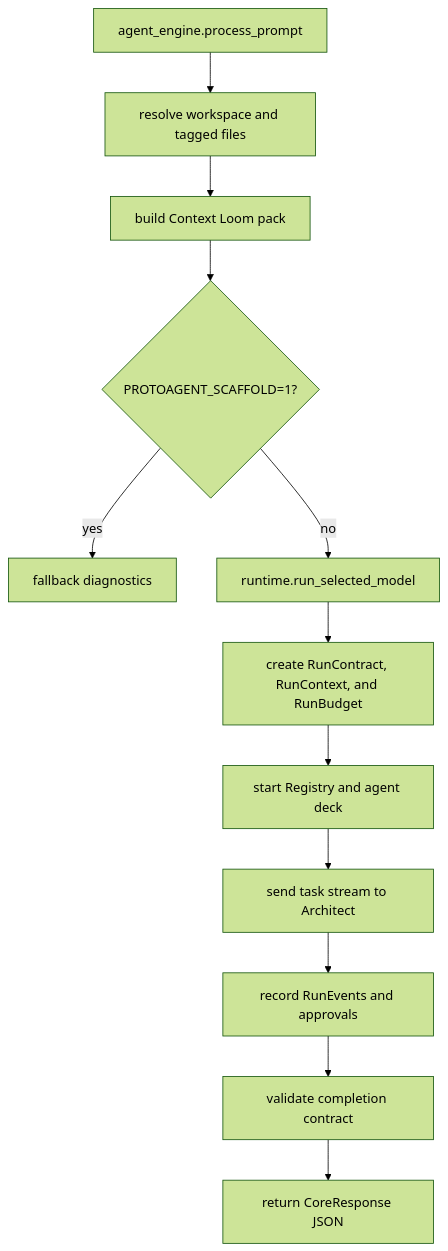
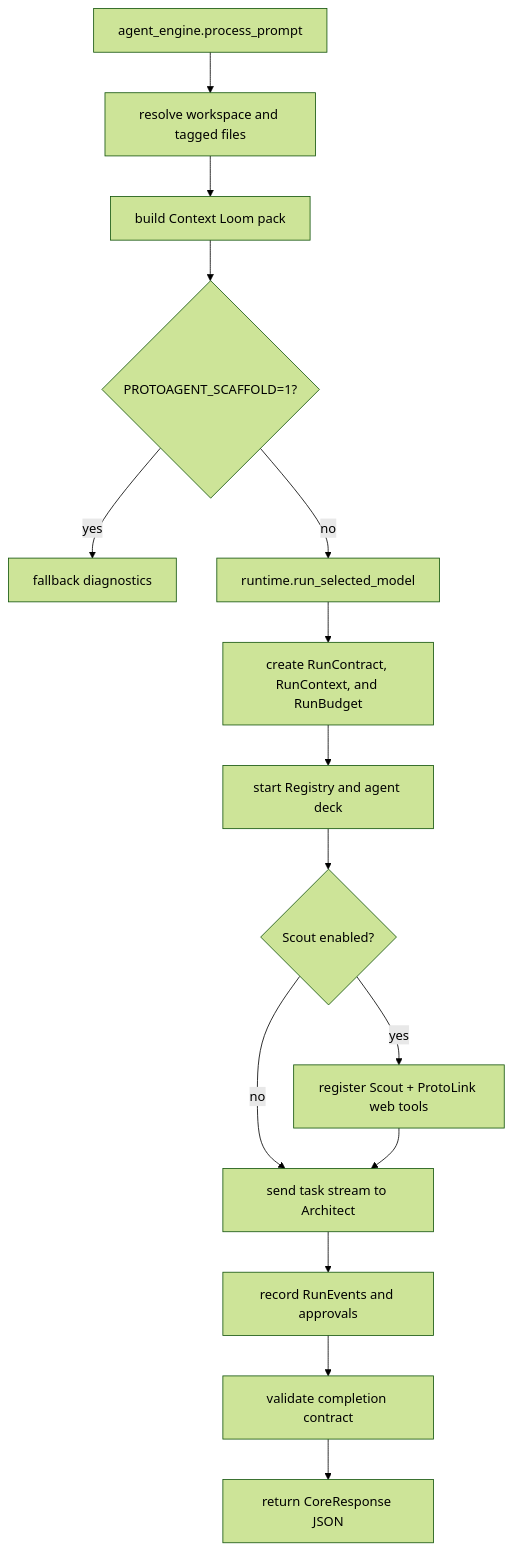
Before and after one commit to nMaroulis/protoagent: the diagram in docs/content/core/overview.md, drawn with Mermaid (forest theme). The commit also changed other lines of this file and 90 other files, not shown here.

````diff
--- a/docs/content/core/overview.md
+++ b/docs/content/core/overview.md
@@ -83,14 +90,17 @@
 ```mermaid
 flowchart TD
   A["agent_engine.process_prompt"] --> B["resolve workspace and tagged files"]
   B --> C["build Context Loom pack"]
   C --> D{"PROTOAGENT_SCAFFOLD=1?"}
   D -->|yes| E["fallback diagnostics"]
   D -->|no| F["runtime.run_selected_model"]
   F --> G["create RunContract, RunContext, and RunBudget"]
   G --> H["start Registry and agent deck"]
-  H --> I["send task stream to Architect"]
+  H --> HS{"Scout enabled?"}
+  HS -->|yes| SR["register Scout + ProtoLink web tools"]
+  HS -->|no| I["send task stream to Architect"]
+  SR --> I
   I --> J["record RunEvents and approvals"]
   J --> K["validate completion contract"]
   K --> L["return CoreResponse JSON"]
 ```
````
